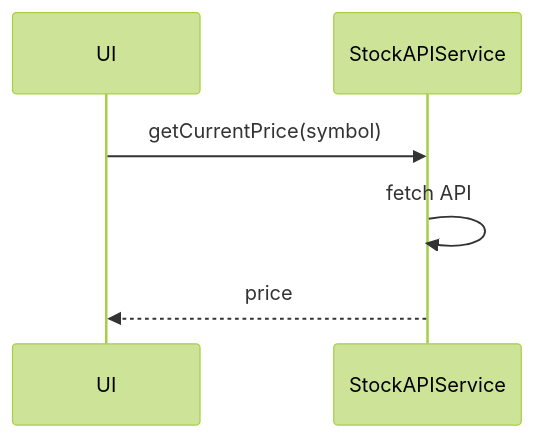
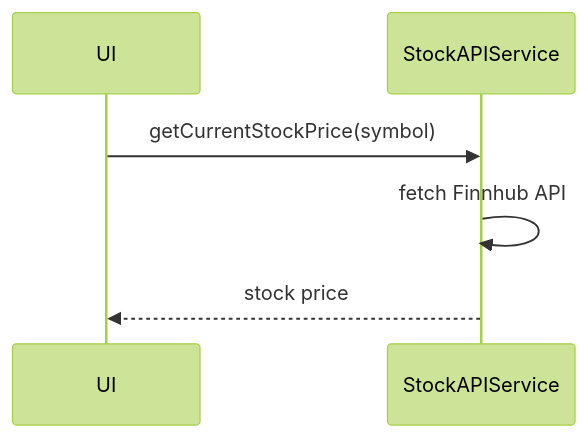
Before and after one commit to ChristianScheub/Typescript_PassivIncomeCalculator: the third of 3 diagrams in src/service/stockAPIService/README.md, drawn with Mermaid (forest theme). The commit also changed other lines of this file and 43 other files, not shown here.

````diff
--- a/src/service/stockAPIService/README.md
+++ b/src/service/stockAPIService/README.md
@@ -77,8 +73,8 @@
 ```mermaid
 sequenceDiagram
     participant UI
     participant StockAPIService
-    UI->>StockAPIService: getCurrentPrice(symbol)
-    StockAPIService->>StockAPIService: fetch API
-    StockAPIService-->>UI: price
+    UI->>StockAPIService: getCurrentStockPrice(symbol)
+    StockAPIService->>StockAPIService: fetch Finnhub API
+    StockAPIService-->>UI: stock price
 ```
````
